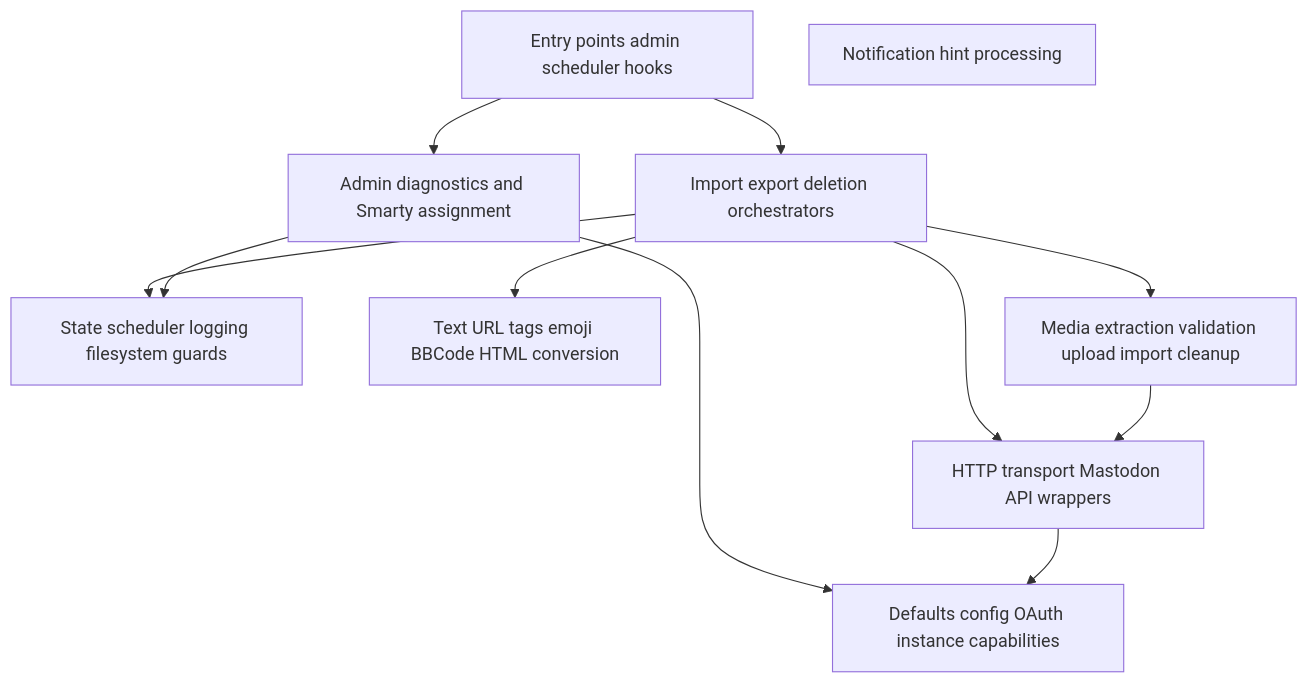
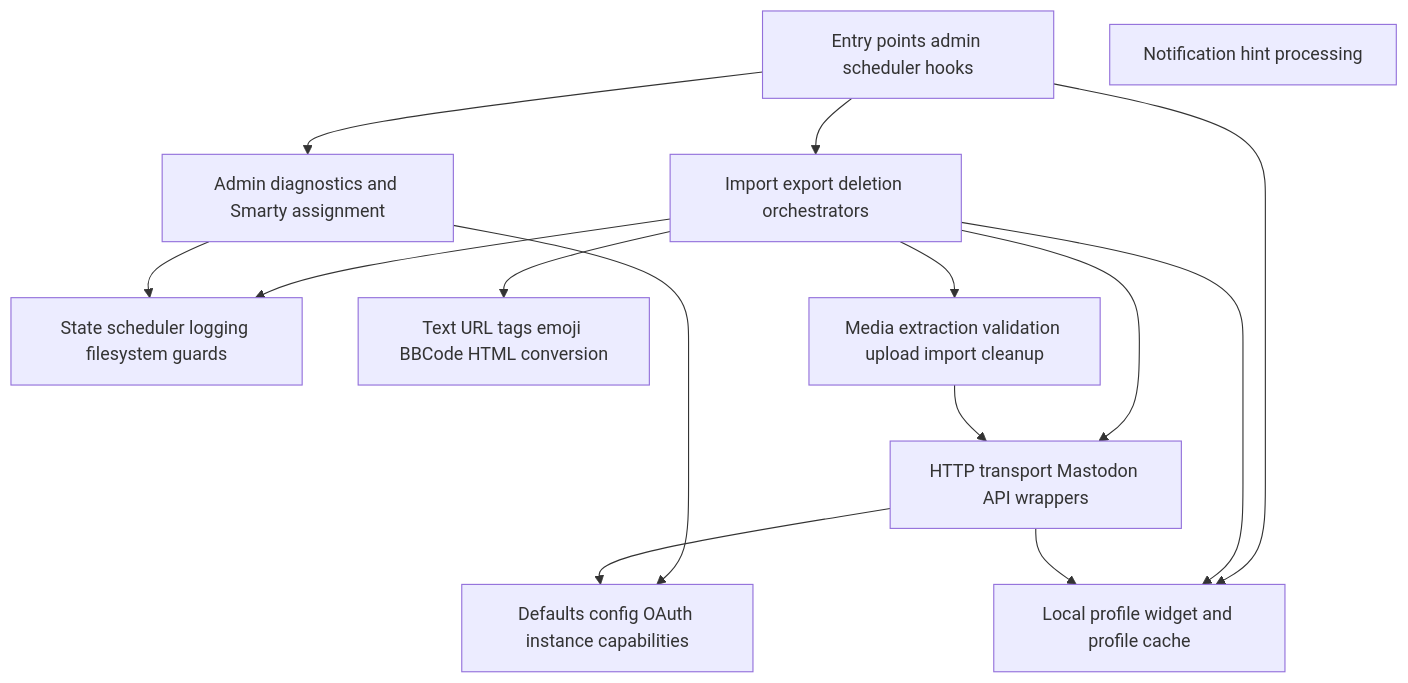
The diagram in fp-plugins/mastodon/developer-docs/03-Function-Process-Matrix.md (flatpressblog/flatpress), drawn with Mermaid before and after one commit. The commit also changed other lines of this file and 27 other files, not shown here.

````diff
--- a/fp-plugins/mastodon/developer-docs/03-Function-Process-Matrix.md
+++ b/fp-plugins/mastodon/developer-docs/03-Function-Process-Matrix.md
@@ -36,23 +40,27 @@
 ```mermaid
 flowchart TD
     EntryPoints[Entry points admin scheduler hooks]
     Config[Defaults config OAuth instance capabilities]
     State[State scheduler logging filesystem guards]
     Text[Text URL tags emoji BBCode HTML conversion]
     Media[Media extraction validation upload import cleanup]
     API[HTTP transport Mastodon API wrappers]
     Sync[Import export deletion orchestrators]
     Notifications[Notification hint processing]
     Admin[Admin diagnostics and Smarty assignment]
+    Widget[Local profile widget and profile cache]
 
     EntryPoints --> Sync
     EntryPoints --> Admin
+    EntryPoints --> Widget
     Sync --> State
     Sync --> Text
     Sync --> Media
     Sync --> API
+    Sync --> Widget
     Admin --> Config
     Admin --> State
     API --> Config
+    API --> Widget
     Media --> API
 ```
````
